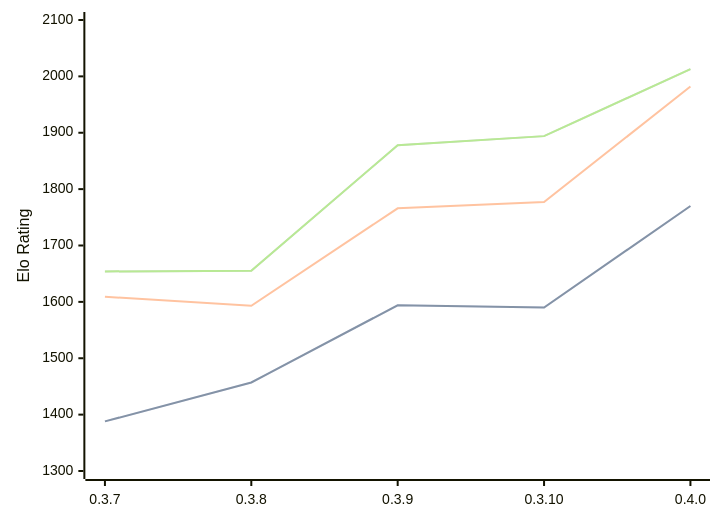
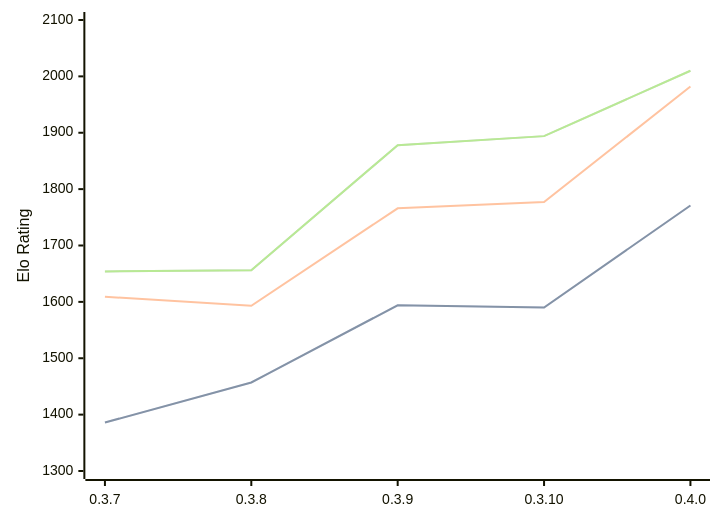
One commit to computer-chess-index/cci changed the diagram in engines/Arche.md. Above: the diagram before and after it, drawn with Mermaid. The commit also changed other lines of this file, not shown here.

Commit message:
Update CCI Ratings (ELO VLTC) - 2026-09-15

````diff
--- a/engines/Arche.md
+++ b/engines/Arche.md
@@ -38,11 +39,11 @@
 ```mermaid
 %%{init: {"theme":"base","themeVariables":{"seriesColors:['#a3a3a3','#222221','#faa371']}}}%%
 xychart-beta
   x-axis ["0.3.7", "0.3.8", "0.3.9", "0.3.10", "0.4.0"]
   y-axis "Elo Rating" 1300 --> 2100
-  line "" [1388, 1457, 1594, 1590, 1770]
-  line "STC (8.0+0.08s)" [1388, 1457, 1594, 1590, 1770]
+  line "" [1386, 1457, 1594, 1590, 1771]
+  line "STC (8.0+0.08s)" [1386, 1457, 1594, 1590, 1771]
   line "LTC (60.0+0.60s)" [1609, 1593, 1766, 1777, 1982]
-  line "" [1654, 1655, 1878, 1894, 2013]
-  line "VLTC (2m24s+1.12s)" [1654, 1655, 1878, 1894, 2013]
+  line "" [1654, 1656, 1878, 1894, 2010]
+  line "VLTC (2m24s+1.12s)" [1654, 1656, 1878, 1894, 2010]
 ```
````
